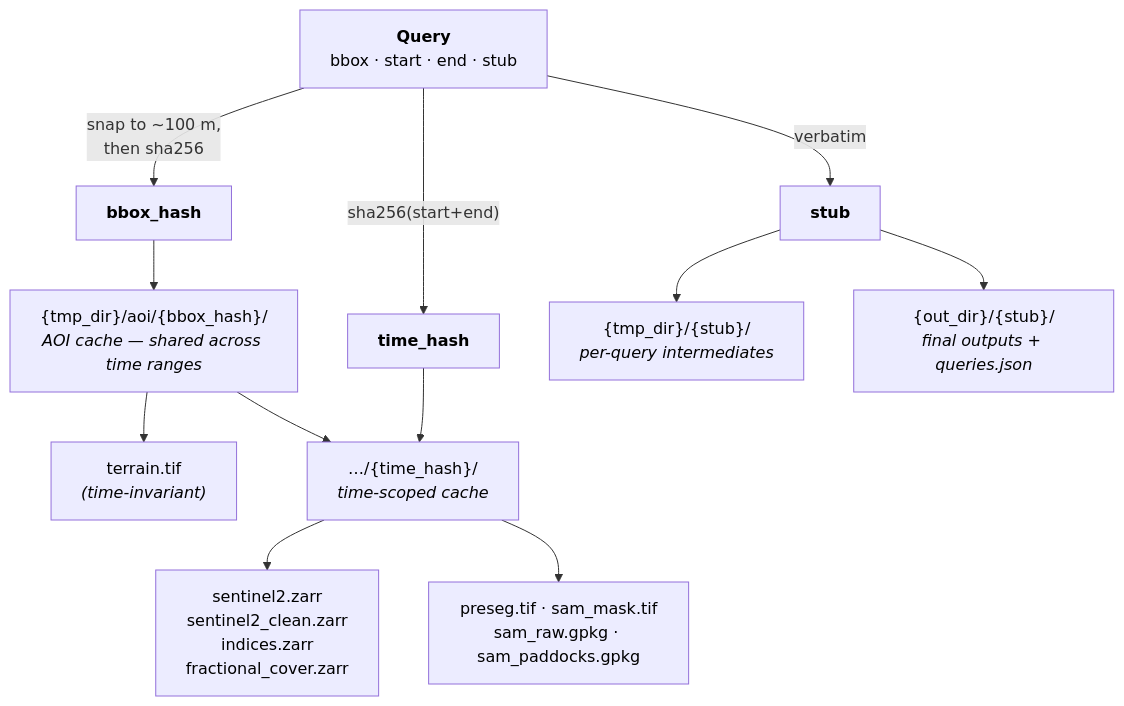
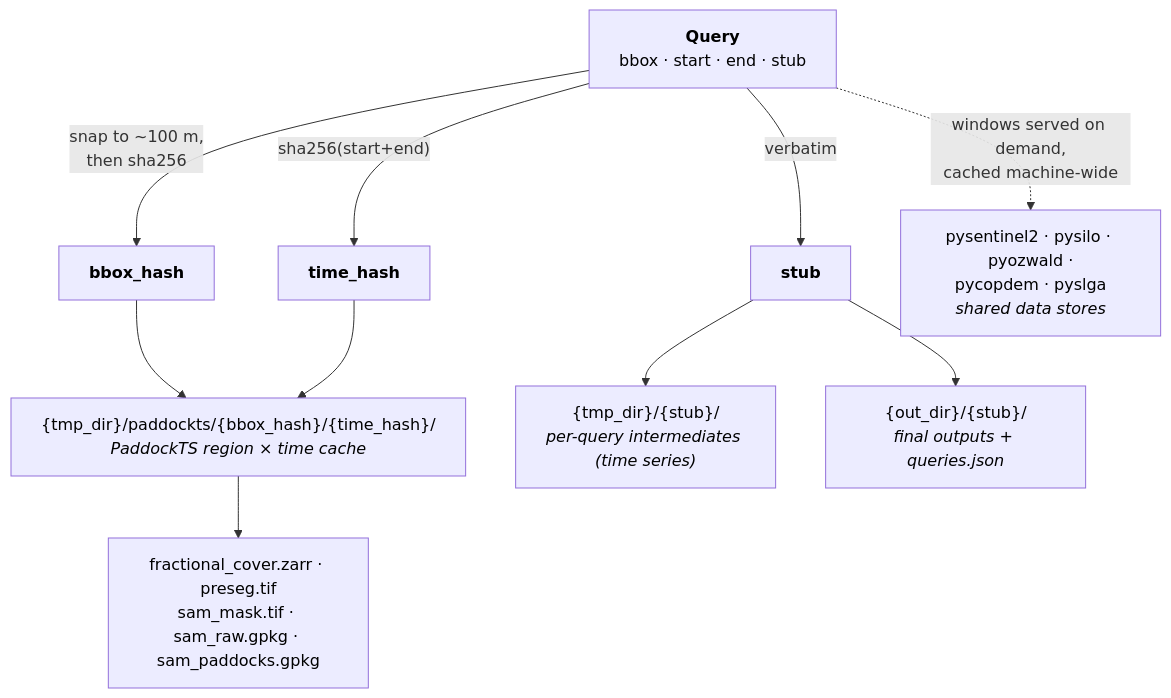
One commit to johnburley3000/paddocktimeseries changed the diagram in docs/api/query.md. Above: the diagram before and after it, drawn with Mermaid. The commit also changed other lines of this file and 10 other files, not shown here.

First line of the commit message:
Docs + demo: describe the store-backed architecture, drop max_nan_fraction

````diff
--- a/docs/api/query.md
+++ b/docs/api/query.md
@@ -41,21 +42,19 @@
 ```mermaid
 flowchart TD
   Q["<b>Query</b><br/>bbox · start · end · stub"]
 
   Q -->|"snap to ~100 m,<br/>then sha256"| BH["<b>bbox_hash</b>"]
   Q -->|"sha256(start+end)"| TH["<b>time_hash</b>"]
   Q -->|"verbatim"| ST["<b>stub</b>"]
 
-  BH --> AOI["{tmp_dir}/aoi/{bbox_hash}/<br/><i>AOI cache — shared across time ranges</i>"]
-  AOI --> TER["terrain.tif<br/><i>(time-invariant)</i>"]
+  Q -.->|"windows served on demand,<br/>cached machine-wide"| STORES["pysentinel2 · pysilo · pyozwald ·<br/>pycopdem · pyslga<br/><i>shared data stores</i>"]
 
-  AOI --> QD["…/{time_hash}/<br/><i>time-scoped cache</i>"]
+  BH --> QD["{tmp_dir}/paddockts/{bbox_hash}/{time_hash}/<br/><i>PaddockTS region × time cache</i>"]
   TH --> QD
-  QD --> S2["sentinel2.zarr<br/>sentinel2_clean.zarr<br/>indices.zarr<br/>fractional_cover.zarr"]
-  QD --> SAM["preseg.tif · sam_mask.tif<br/>sam_raw.gpkg · sam_paddocks.gpkg"]
+  QD --> ART["fractional_cover.zarr · preseg.tif<br/>sam_mask.tif · sam_raw.gpkg · sam_paddocks.gpkg"]
 
-  ST --> TMP["{tmp_dir}/{stub}/<br/><i>per-query intermediates</i>"]
+  ST --> TMP["{tmp_dir}/{stub}/<br/><i>per-query intermediates (time series)</i>"]
   ST --> OUT["{out_dir}/{stub}/<br/><i>final outputs + queries.json</i>"]
 
   classDef default color:#000;
 ```
````
